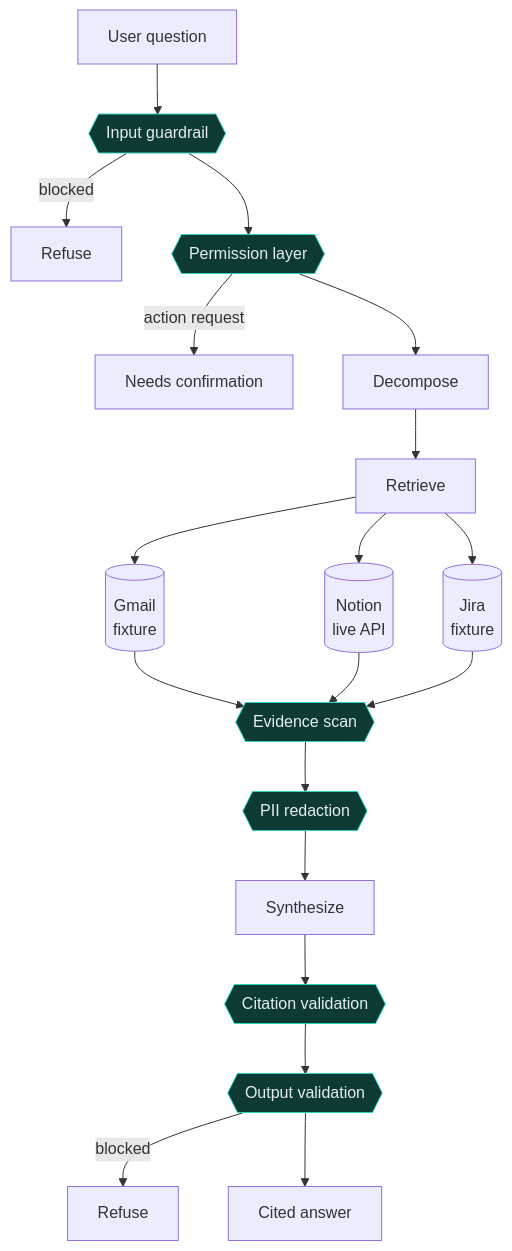
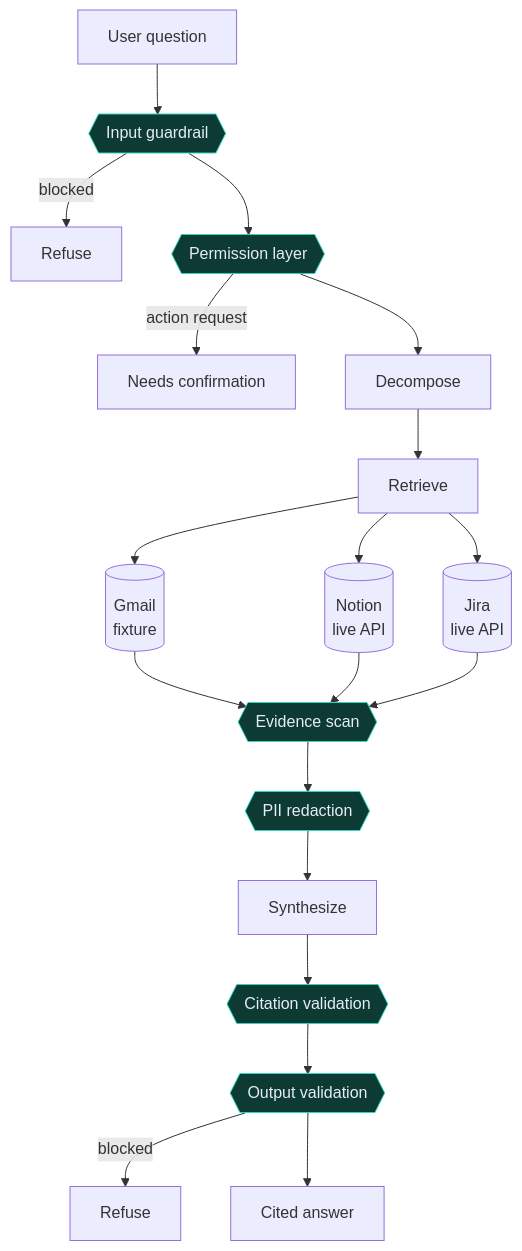
One commit to ayushii89/guardrail-agent changed the diagram in README.md. Above: the diagram before and after it, drawn with Mermaid. The commit also changed other lines of this file and 8 other files, not shown here.

````diff
--- a/README.md
+++ b/README.md
@@ -30,22 +29,22 @@
 ```mermaid
 flowchart TD
     Q[User question] --> IG{{Input guardrail}}
     IG -->|blocked| R1[Refuse]
     IG --> PM{{Permission layer}}
     PM -->|action request| R2[Needs confirmation]
     PM --> D[Decompose]
     D --> RT[Retrieve]
     RT --> G[(Gmail<br/>fixture)]
     RT --> N[(Notion<br/>live API)]
-    RT --> J[(Jira<br/>fixture)]
+    RT --> J[(Jira<br/>live API)]
     G & N & J --> ES{{Evidence scan}}
     ES --> PII{{PII redaction}}
     PII --> S[Synthesize]
     S --> CV{{Citation validation}}
     CV --> OV{{Output validation}}
     OV -->|blocked| R3[Refuse]
     OV --> A[Cited answer]
 
     classDef guard fill:#0d3b34,stroke:#2dd4bf,color:#e6edf3;
     class IG,PM,ES,PII,CV,OV guard;
 ```
````
